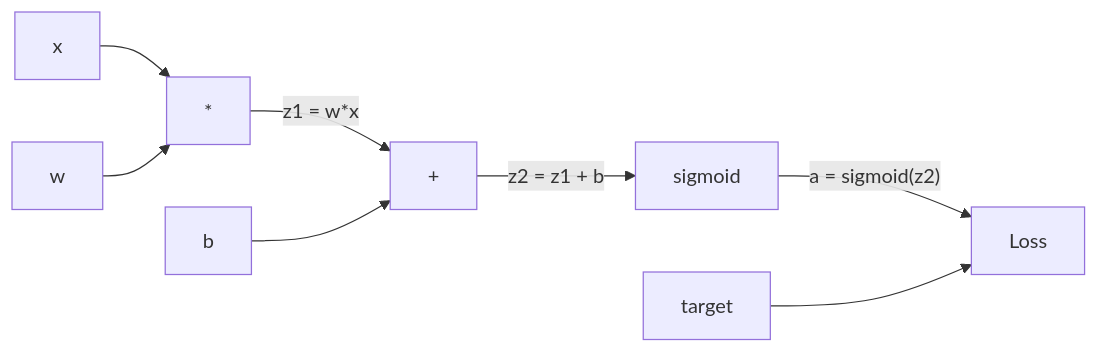
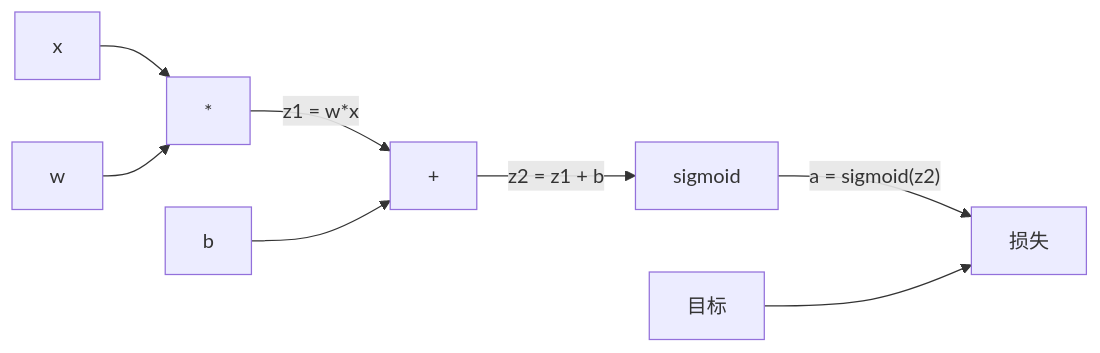
One commit to alessandrodinisio-ai/ai-engineering-learning-framework changed the first of 3 diagrams in phases/03-deep-learning-core/03-backpropagation/docs/zh.md. Above: the diagram before and after it, drawn with Mermaid. The commit also changed other lines of this file and 120 other files, not shown here.

First line of the commit message:
i18n(mermaid): 337 个 mermaid 图表标签中文化

````diff
--- a/phases/03-deep-learning-core/03-backpropagation/docs/zh.md
+++ b/phases/03-deep-learning-core/03-backpropagation/docs/zh.md
@@ -37,10 +37,10 @@
 ```mermaid
 graph LR
     x["x"] --> mul["*"]
     w["w"] --> mul
     mul -- "z1 = w*x" --> add["+"]
     b["b"] --> add
     add -- "z2 = z1 + b" --> sig["sigmoid"]
-    sig -- "a = sigmoid(z2)" --> loss["Loss"]
-    y["target"] --> loss
+    sig -- "a = sigmoid(z2)" --> loss["损失"]
+    y["目标"] --> loss
 ```
````
